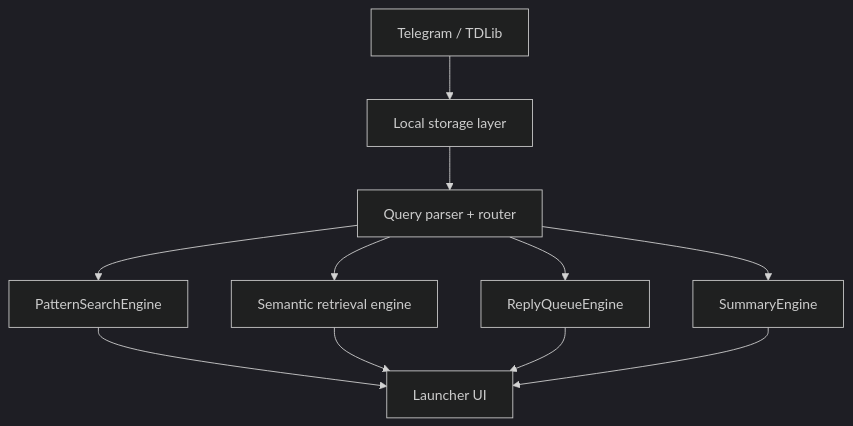
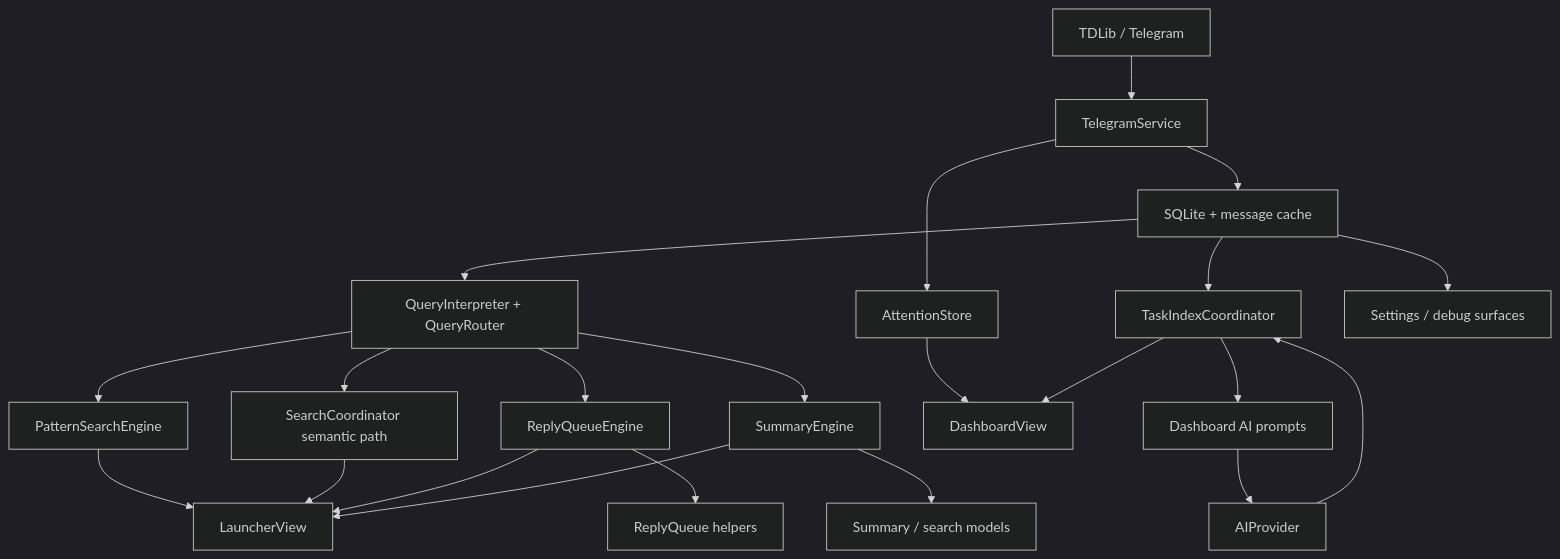
One commit to 0xpratzyy/telegraham changed the first of 2 diagrams in docs/architecture.md. Above: the diagram before and after it, drawn with Mermaid (dark theme). The commit also changed other lines of this file and 59 other files, not shown here.

Commit message:
Add dashboard task index and triage hardening

````diff
--- a/docs/architecture.md
+++ b/docs/architecture.md
@@ -17,13 +17,24 @@
 ```mermaid
 flowchart TD
-    A["Telegram / TDLib"] --> B["Local storage layer"]
-    B --> C["Query parser + router"]
-    C --> D["PatternSearchEngine"]
-    C --> E["Semantic retrieval engine"]
-    C --> F["ReplyQueueEngine"]
-    C --> G["SummaryEngine"]
-    D --> H["Launcher UI"]
-    E --> H
-    F --> H
-    G --> H
+    A["TDLib / Telegram"] --> B["TelegramService"]
+    B --> C["SQLite + message cache"]
+    C --> D["QueryInterpreter + QueryRouter"]
+    D --> E["PatternSearchEngine"]
+    D --> F["SearchCoordinator semantic path"]
+    D --> G["ReplyQueueEngine"]
+    D --> H["SummaryEngine"]
+    C --> L["TaskIndexCoordinator"]
+    B --> M["AttentionStore"]
+    M --> N["DashboardView"]
+    L --> N
+    L --> O["Dashboard AI prompts"]
+    O --> P["AIProvider"]
+    P --> L
+    G --> I["ReplyQueue helpers"]
+    H --> I2["Summary / search models"]
+    E --> J["LauncherView"]
+    F --> J
+    G --> J
+    H --> J
+    C --> K["Settings / debug surfaces"]
 ```
````
